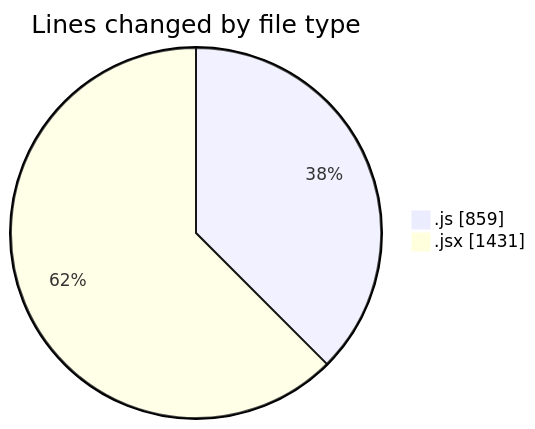
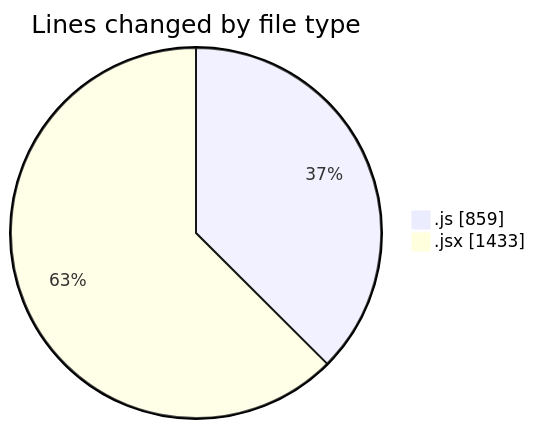
The first of 2 diagrams in 2025-12-26/nxtqube_webapp/README.md (nxtqubesakshisongat/code-tracking), drawn with Mermaid before and after one commit. The commit also changed other lines of this file and 1 other file, not shown here.

````diff
--- a/2025-12-26/nxtqube_webapp/README.md
+++ b/2025-12-26/nxtqube_webapp/README.md
@@ -24,6 +24,6 @@
 ```mermaid
 pie showData
 title Lines changed by file type
 ".js" : 859
-".jsx" : 1431
+".jsx" : 1433
 ```
````
